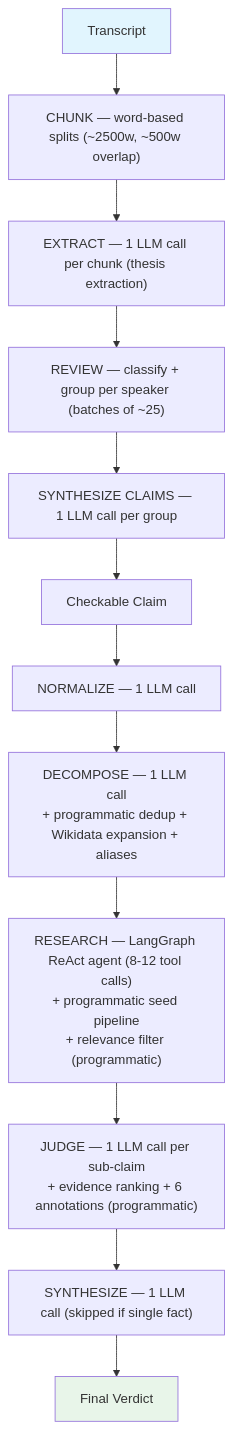
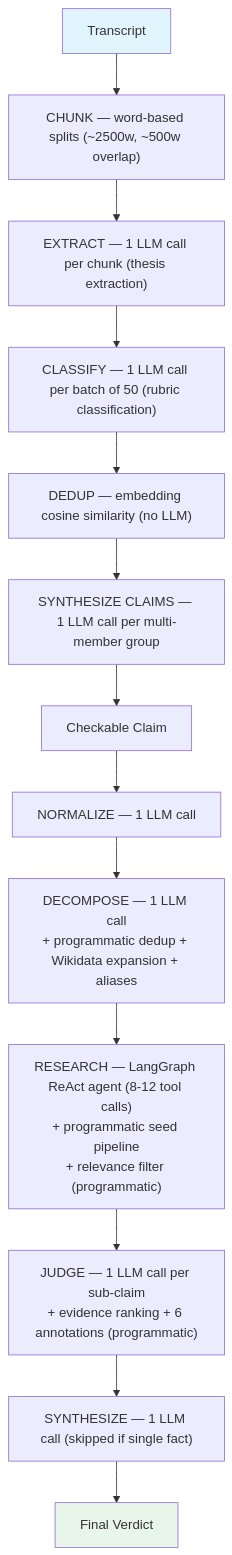
Before and after one commit to vedantadhobley/spin-cycle: the first of 2 diagrams in docs/llm-calls.md, drawn with Mermaid. The commit also changed other lines of this file and 14 other files, not shown here.

````diff
--- a/docs/llm-calls.md
+++ b/docs/llm-calls.md
@@ -11,17 +11,18 @@
 ```mermaid
 flowchart TD
     T[Transcript] --> CHUNK["CHUNK — word-based splits (~2500w, ~500w overlap)"]
     CHUNK --> EXT["EXTRACT — 1 LLM call per chunk (thesis extraction)"]
-    EXT --> REVIEW["REVIEW — classify + group per speaker (batches of ~25)"]
-    REVIEW --> SYNTH_C["SYNTHESIZE CLAIMS — 1 LLM call per group"]
+    EXT --> CLASS["CLASSIFY — 1 LLM call per batch of 50 (rubric classification)"]
+    CLASS --> DEDUP["DEDUP — embedding cosine similarity (no LLM)"]
+    DEDUP --> SYNTH_C["SYNTHESIZE CLAIMS — 1 LLM call per multi-member group"]
     SYNTH_C --> RAW[Checkable Claim]
     RAW --> NORM["NORMALIZE — 1 LLM call"]
     NORM --> DEC["DECOMPOSE — 1 LLM call\n+ programmatic dedup + Wikidata expansion + aliases"]
     DEC --> RES["RESEARCH — LangGraph ReAct agent (8-12 tool calls)\n+ programmatic seed pipeline\n+ relevance filter (programmatic)"]
     RES --> JDG["JUDGE — 1 LLM call per sub-claim\n+ evidence ranking + 6 annotations (programmatic)"]
     JDG --> SYN["SYNTHESIZE — 1 LLM call (skipped if single fact)"]
     SYN --> V[Final Verdict]
 
     style T fill:#e1f5fe
     style V fill:#e8f5e9
 ```
````
